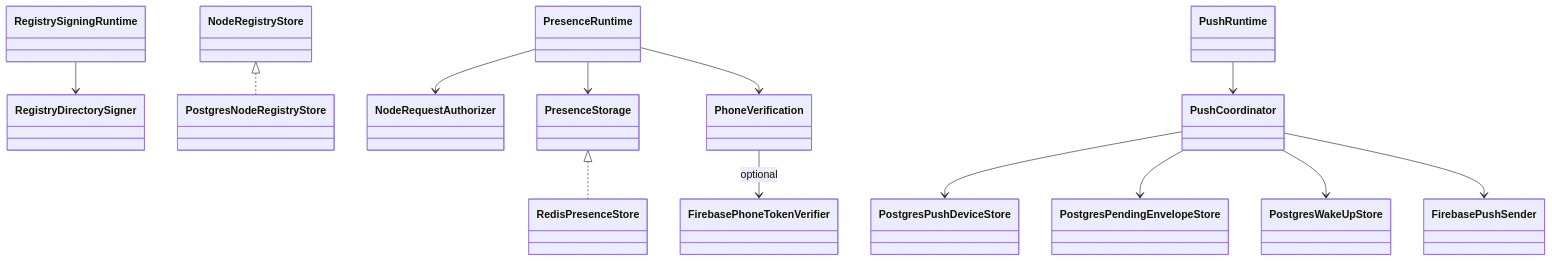
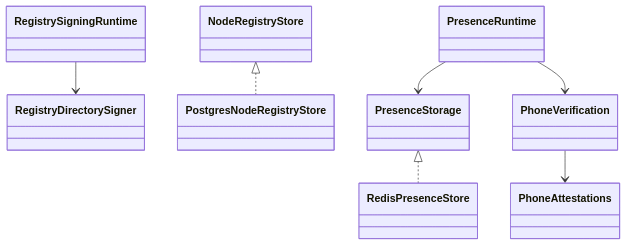
The second of 3 diagrams in docs/server/overview.md (cbgm/Sparrow), drawn with Mermaid before and after one commit. The commit also changed other lines of this file and 1796 other files, not shown here.

````diff
--- a/docs/server/overview.md
+++ b/docs/server/overview.md
@@ -159,32 +132,19 @@
 ```mermaid
 classDiagram
     class RegistrySigningRuntime
     class RegistryDirectorySigner
     class NodeRegistryStore
     class PostgresNodeRegistryStore
     class PresenceRuntime
-    class NodeRequestAuthorizer
     class PresenceStorage
     class RedisPresenceStore
     class PhoneVerification
-    class FirebasePhoneTokenVerifier
-    class PushRuntime
-    class PushCoordinator
-    class PostgresPushDeviceStore
-    class PostgresPendingEnvelopeStore
-    class PostgresWakeUpStore
-    class FirebasePushSender
+    class PhoneAttestations
 
     RegistrySigningRuntime --> RegistryDirectorySigner
     NodeRegistryStore <|.. PostgresNodeRegistryStore
-    PresenceRuntime --> NodeRequestAuthorizer
     PresenceRuntime --> PresenceStorage
     PresenceStorage <|.. RedisPresenceStore
     PresenceRuntime --> PhoneVerification
-    PhoneVerification --> FirebasePhoneTokenVerifier : optional
-    PushRuntime --> PushCoordinator
-    PushCoordinator --> PostgresPushDeviceStore
-    PushCoordinator --> PostgresPendingEnvelopeStore
-    PushCoordinator --> PostgresWakeUpStore
-    PushCoordinator --> FirebasePushSender
+    PhoneVerification --> PhoneAttestations
 ```
````
